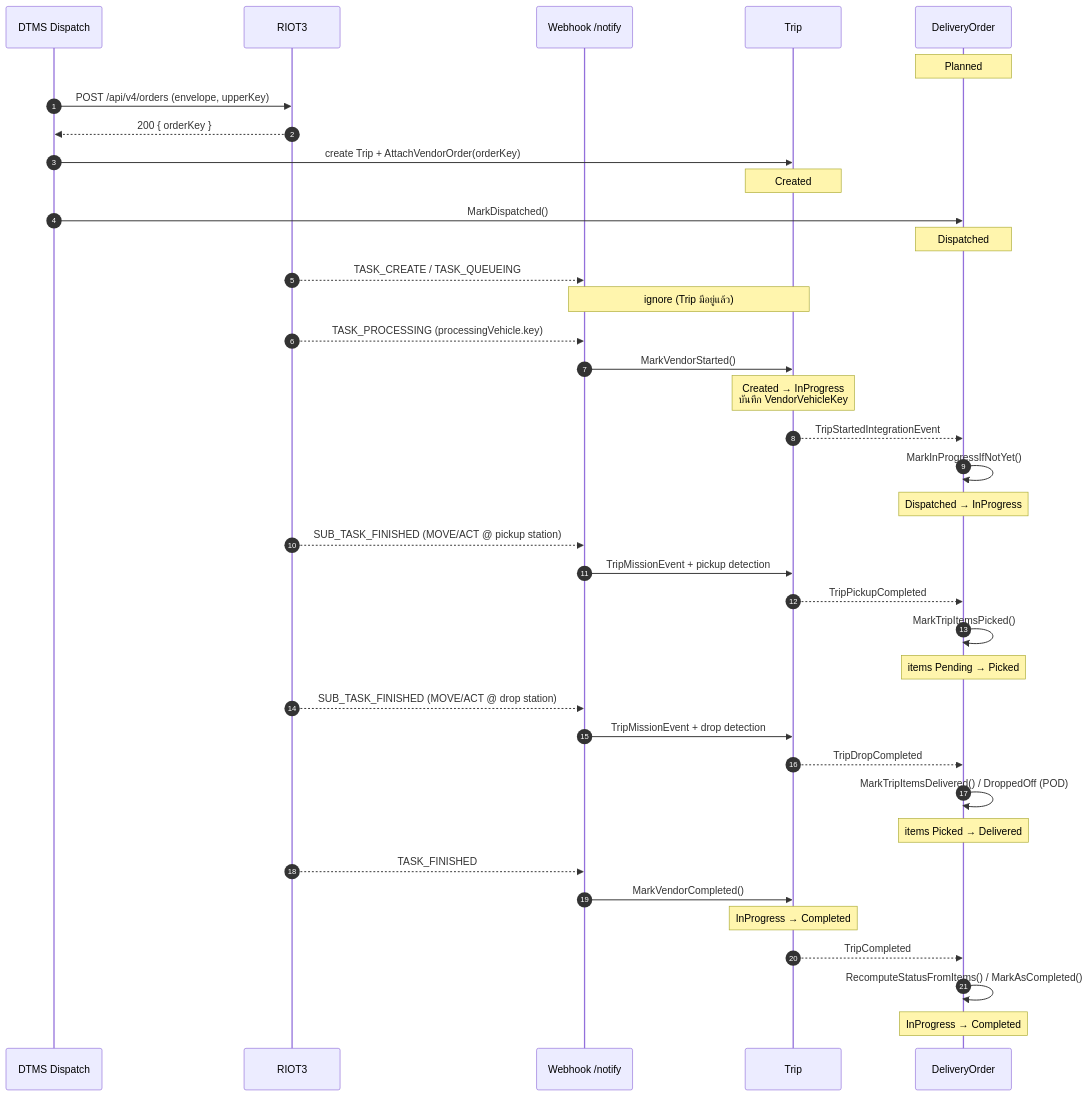
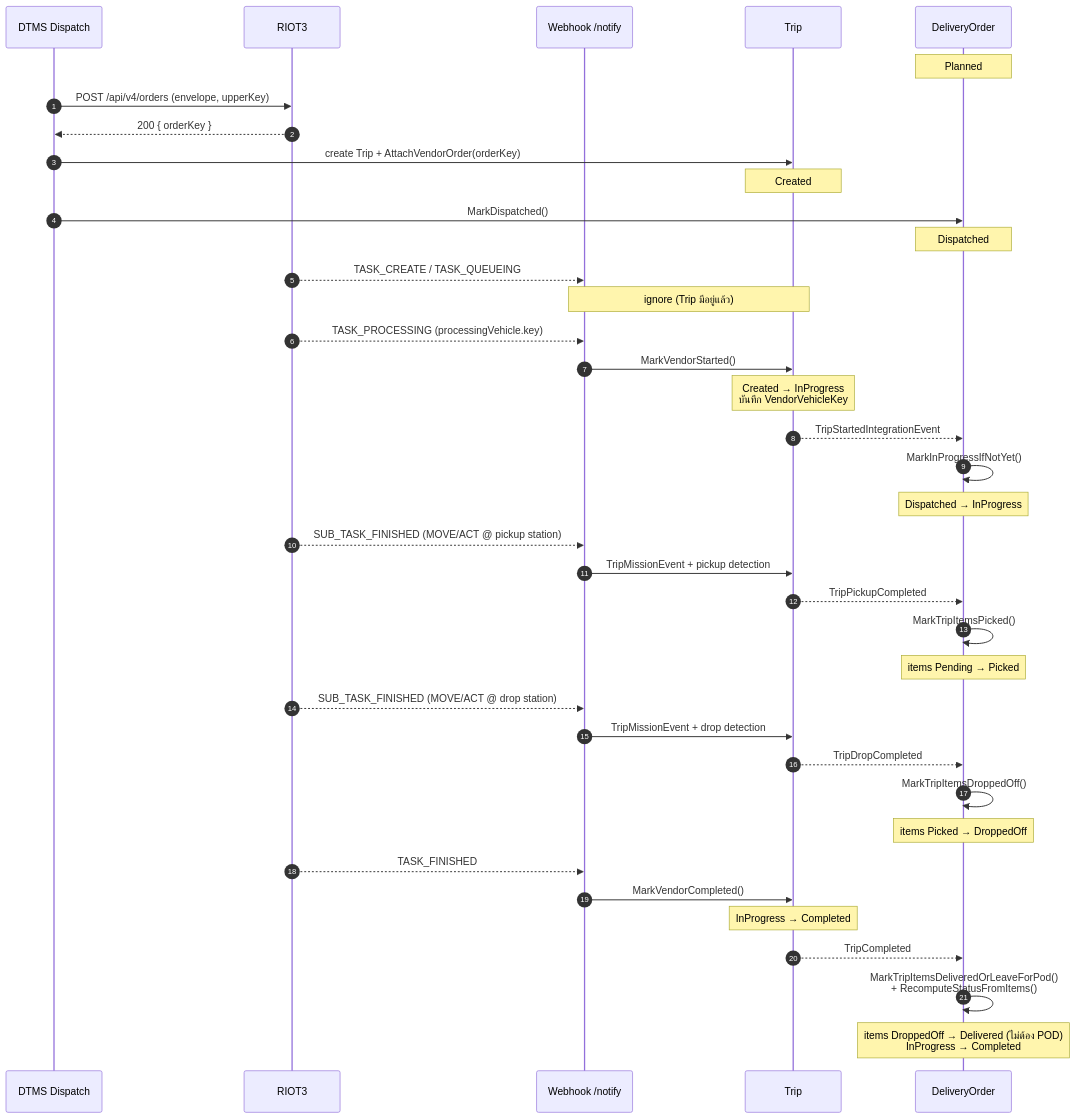
The second of 6 diagrams in docs/riot3-trip-lifecycle.md (Tuinuihappy/DTMS), drawn with Mermaid before and after one commit. The commit also changed other lines of this file and 9 other files, not shown here.

First line of the commit message:
fix(delivery-order): land no-POD items at DroppedOff on drop, Delivered at trip complete

````diff
--- a/docs/riot3-trip-lifecycle.md
+++ b/docs/riot3-trip-lifecycle.md
@@ -216,46 +219,46 @@
 ```mermaid
 sequenceDiagram
     autonumber
     participant D as DTMS Dispatch
     participant R as RIOT3
     participant WH as Webhook /notify
     participant T as Trip
     participant O as DeliveryOrder
 
     Note over O: Planned
     D->>R: POST /api/v4/orders (envelope, upperKey)
     R-->>D: 200 { orderKey }
     D->>T: create Trip + AttachVendorOrder(orderKey)
     Note over T: Created
     D->>O: MarkDispatched()
     Note over O: Dispatched
 
     R-->>WH: TASK_CREATE / TASK_QUEUEING
     Note over WH,T: ignore (Trip มีอยู่แล้ว)
 
     R-->>WH: TASK_PROCESSING (processingVehicle.key)
     WH->>T: MarkVendorStarted()
     Note over T: Created → InProgress<br/>บันทึก VendorVehicleKey
     T-->>O: TripStartedIntegrationEvent
     O->>O: MarkInProgressIfNotYet()
     Note over O: Dispatched → InProgress
 
     R-->>WH: SUB_TASK_FINISHED (MOVE/ACT @ pickup station)
     WH->>T: TripMissionEvent + pickup detection
     T-->>O: TripPickupCompleted
     O->>O: MarkTripItemsPicked()
     Note over O: items Pending → Picked
 
     R-->>WH: SUB_TASK_FINISHED (MOVE/ACT @ drop station)
     WH->>T: TripMissionEvent + drop detection
     T-->>O: TripDropCompleted
-    O->>O: MarkTripItemsDelivered() / DroppedOff (POD)
-    Note over O: items Picked → Delivered
+    O->>O: MarkTripItemsDroppedOff()
+    Note over O: items Picked → DroppedOff
 
     R-->>WH: TASK_FINISHED
     WH->>T: MarkVendorCompleted()
     Note over T: InProgress → Completed
     T-->>O: TripCompleted
-    O->>O: RecomputeStatusFromItems() / MarkAsCompleted()
-    Note over O: InProgress → Completed
+    O->>O: MarkTripItemsDeliveredOrLeaveForPod()<br/>+ RecomputeStatusFromItems()
+    Note over O: items DroppedOff → Delivered (ไม่ต้อง POD)<br/>InProgress → Completed
 ```
````
